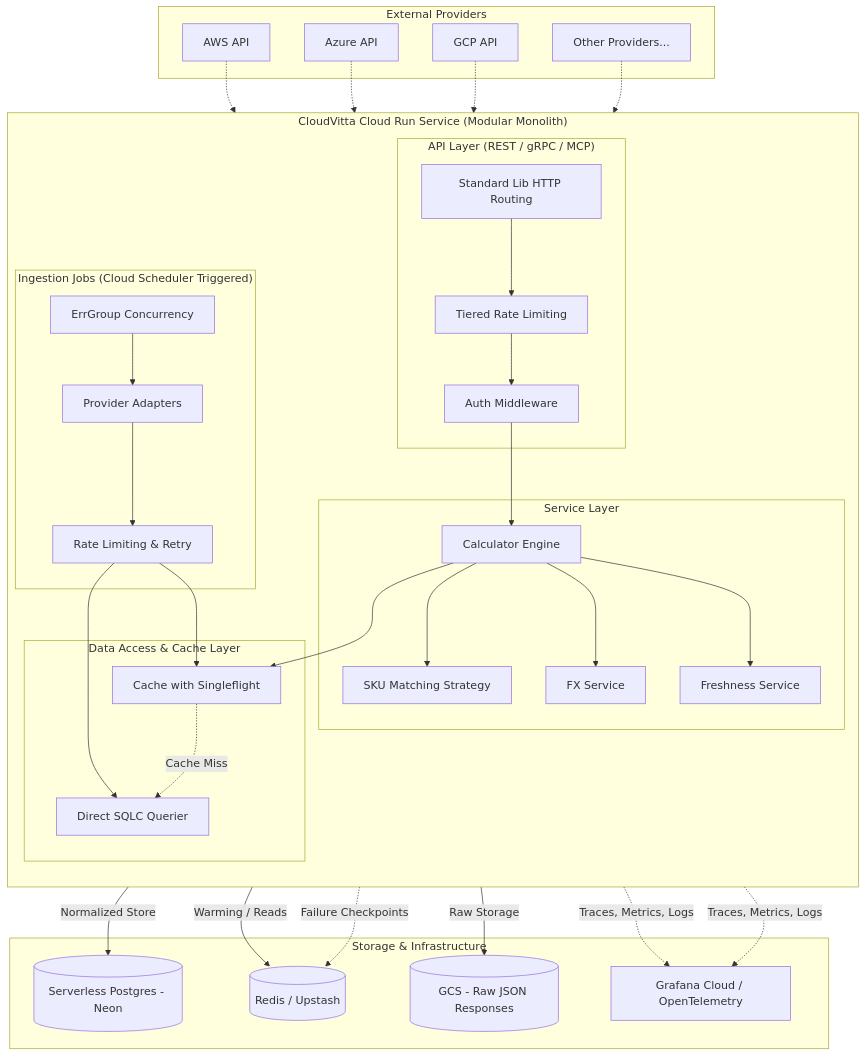
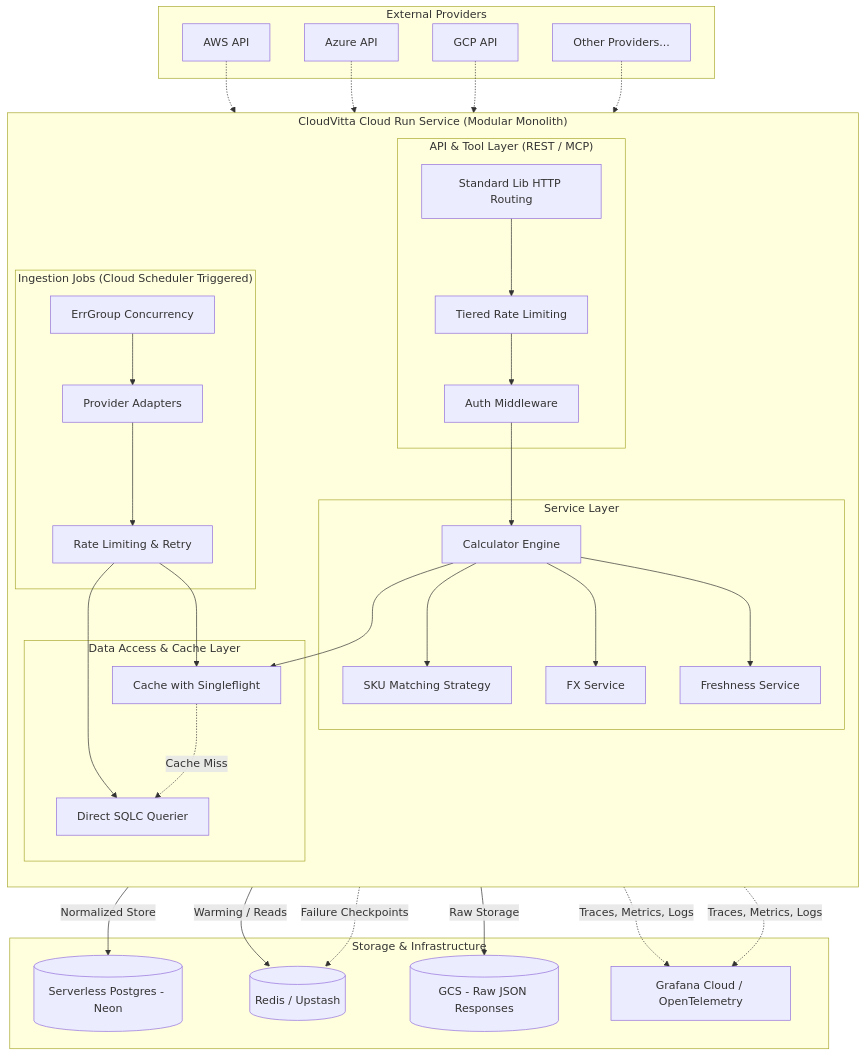
One commit to thatengineerguy21/cloudvitta changed the diagram in docs/diagrams/01-system-architecture.md. Above: the diagram before and after it, drawn with Mermaid. The commit also changed 8 other files, not shown here.

````diff
--- a/docs/diagrams/01-system-architecture.md
+++ b/docs/diagrams/01-system-architecture.md
@@ -3,72 +3,72 @@
 ```mermaid
 flowchart TD
     subgraph "External Providers"
         P1[AWS API]
         P2[Azure API]
         P3[GCP API]
         PN[Other Providers...]
     end
 
     subgraph "CloudVitta Cloud Run Service (Modular Monolith)"
         direction TB
         
         subgraph "Ingestion Jobs (Cloud Scheduler Triggered)"
             I_WG[ErrGroup Concurrency]
             I_AD[Provider Adapters]
             I_RL[Rate Limiting & Retry]
             I_WG --> I_AD
             I_AD --> I_RL
         end
 
-        subgraph "API Layer (REST / gRPC / MCP)"
+        subgraph "API & Tool Layer (REST / MCP)"
             API_R[Standard Lib HTTP Routing]
             API_RL[Tiered Rate Limiting]
             API_Auth[Auth Middleware]
             API_R --> API_RL
             API_RL --> API_Auth
         end
 
         subgraph "Service Layer"
             S_CE[Calculator Engine]
             S_SM[SKU Matching Strategy]
             S_FX[FX Service]
             S_FS[Freshness Service]
             
             S_CE --> S_SM
             S_CE --> S_FX
             S_CE --> S_FS
         end
 
         subgraph "Data Access & Cache Layer"
             D_SQLC[Direct SQLC Querier]
             D_Cache[Cache with Singleflight]
         end
 
         API_Auth --> S_CE
         I_RL --> D_SQLC
         I_RL --> D_Cache
         S_CE --> D_Cache
         D_Cache -.->|Cache Miss| D_SQLC
     end
 
     subgraph "Storage & Infrastructure"
         DB[(Serverless Postgres - Neon)]
         Redis[(Redis / Upstash)]
         GCS[(GCS - Raw JSON Responses)]
         OTEL[Grafana Cloud / OpenTelemetry]
     end
 
     P1 -.-> I_WG
     P2 -.-> I_WG
     P3 -.-> I_WG
     PN -.-> I_WG
 
     I_AD -->|Raw Storage| GCS
     D_SQLC -->|Normalized Store| DB
     D_Cache -->|Warming / Reads| Redis
     
     %% Telemetry and DLQ
     API_Auth -.->|Traces, Metrics, Logs| OTEL
     I_WG -.->|Traces, Metrics, Logs| OTEL
     I_WG -.->|Failure Checkpoints| Redis
 ```
````
